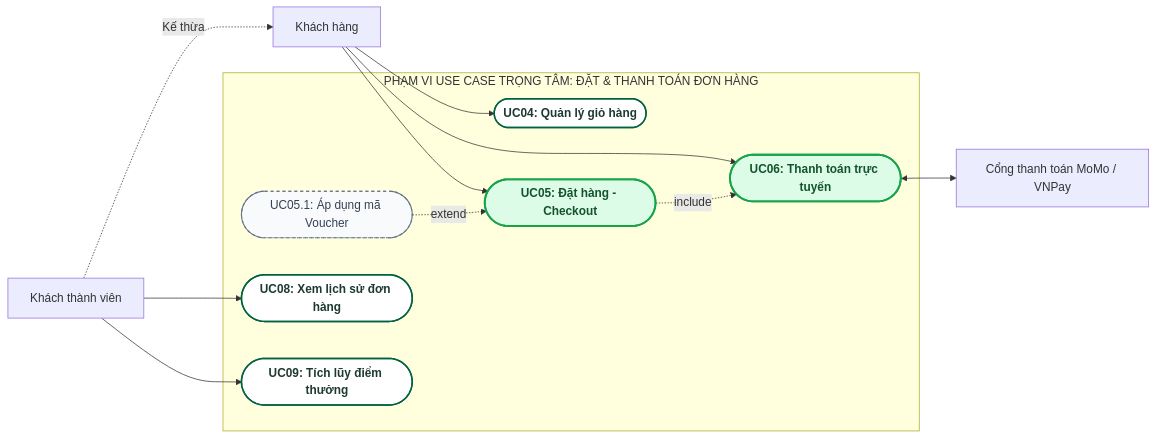
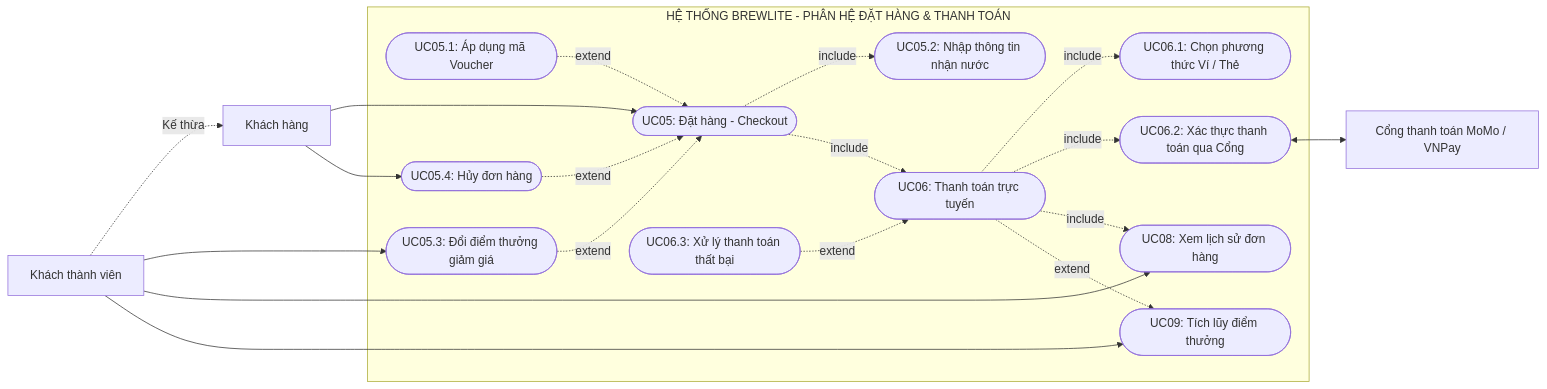
One commit to nphat-code/swe-project changed the diagram in docs/diagrams/use-case/use-case-checkout.mmd. Above: the diagram before and after it, drawn with Mermaid. The commit also changed 1 other file, not shown here.

Commit message:
style(diagrams): simplify use-case checkout diagram to clean standard mermaid syntax without colors

```diff
--- a/docs/diagrams/use-case/use-case-checkout.mmd
+++ b/docs/diagrams/use-case/use-case-checkout.mmd
@@ -1,33 +1,42 @@
 flowchart LR
     Customer[Khách hàng]
     Member[Khách thành viên]
     PaymentGW[Cổng thanh toán MoMo / VNPay]
 
     Member -.->|Kế thừa| Customer
 
-    subgraph CoreBoundary [PHẠM VI USE CASE TRỌNG TÂM: ĐẶT & THANH TOÁN ĐƠN HÀNG]
-        UC04([UC04: Quản lý giỏ hàng]):::ucStyle
-        UC05([UC05: Đặt hàng - Checkout]):::coreStyle
-        UC05_1([UC05.1: Áp dụng mã Voucher]):::subUcStyle
-        UC06([UC06: Thanh toán trực tuyến]):::coreStyle
-        UC08([UC08: Xem lịch sử đơn hàng]):::ucStyle
-        UC09([UC09: Tích lũy điểm thưởng]):::ucStyle
+    subgraph CoreBoundary [HỆ THỐNG BREWLITE - PHÂN HỆ ĐẶT HÀNG & THANH TOÁN]
+        UC05([UC05: Đặt hàng - Checkout])
+        UC05_1([UC05.1: Áp dụng mã Voucher])
+        UC05_2([UC05.2: Nhập thông tin nhận nước])
+        UC05_3([UC05.3: Đổi điểm thưởng giảm giá])
+        UC05_4([UC05.4: Hủy đơn hàng])
+
+        UC06([UC06: Thanh toán trực tuyến])
+        UC06_1([UC06.1: Chọn phương thức Ví / Thẻ])
+        UC06_2([UC06.2: Xác thực thanh toán qua Cổng])
+        UC06_3([UC06.3: Xử lý thanh toán thất bại])
+
+        UC08([UC08: Xem lịch sử đơn hàng])
+        UC09([UC09: Tích lũy điểm thưởng])
     end
 
-    Customer --> UC04
     Customer --> UC05
-    Customer --> UC06
-
+    Customer --> UC05_4
+    Member --> UC05_3
     Member --> UC08
     Member --> UC09
 
+    UC05 -.->|include| UC05_2
     UC05 -.->|include| UC06
     UC05_1 -.->|extend| UC05
+    UC05_3 -.->|extend| UC05
+    UC05_4 -.->|extend| UC05
 
-    UC06 <--> PaymentGW
+    UC06 -.->|include| UC06_1
+    UC06 -.->|include| UC06_2
+    UC06_3 -.->|extend| UC06
+    UC06 -.->|include| UC08
+    UC06 -.->|extend| UC09
 
-    classDef actorStyle fill:#e8f5e9,stroke:#2e7d32,stroke-width:2px,color:#1b5e20,font-weight:bold
-    classDef systemActorStyle fill:#f3e5f5,stroke:#7b1fa2,stroke-width:2px,color:#4a148c,font-weight:bold
-    classDef coreStyle fill:#dcfce7,stroke:#16a34a,stroke-width:2.5px,color:#14532d,font-weight:bold
-    classDef ucStyle fill:#ffffff,stroke:#006241,stroke-width:2px,color:#1e3932,font-weight:bold
-    classDef subUcStyle fill:#f8fafc,stroke:#64748b,stroke-width:1.5px,stroke-dasharray: 4 4,color:#334155
+    UC06_2 <--> PaymentGW
```
